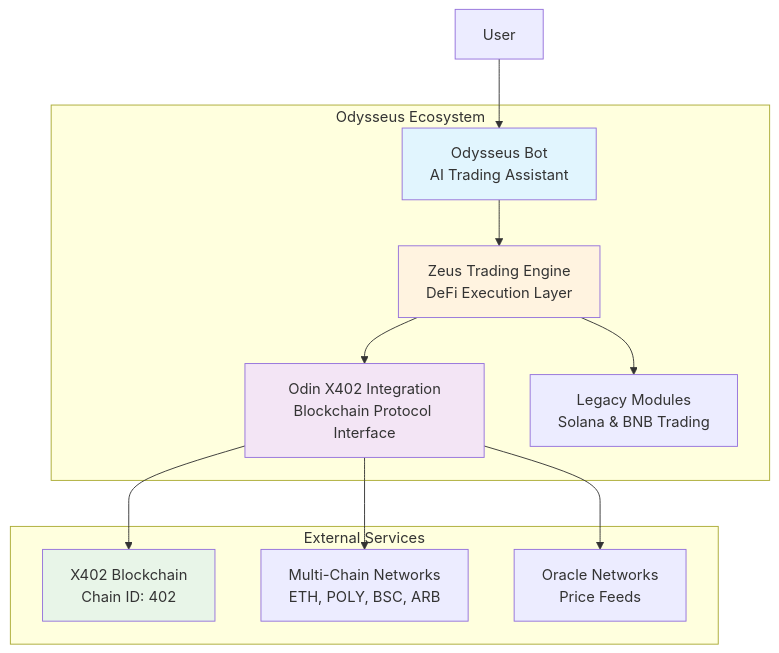
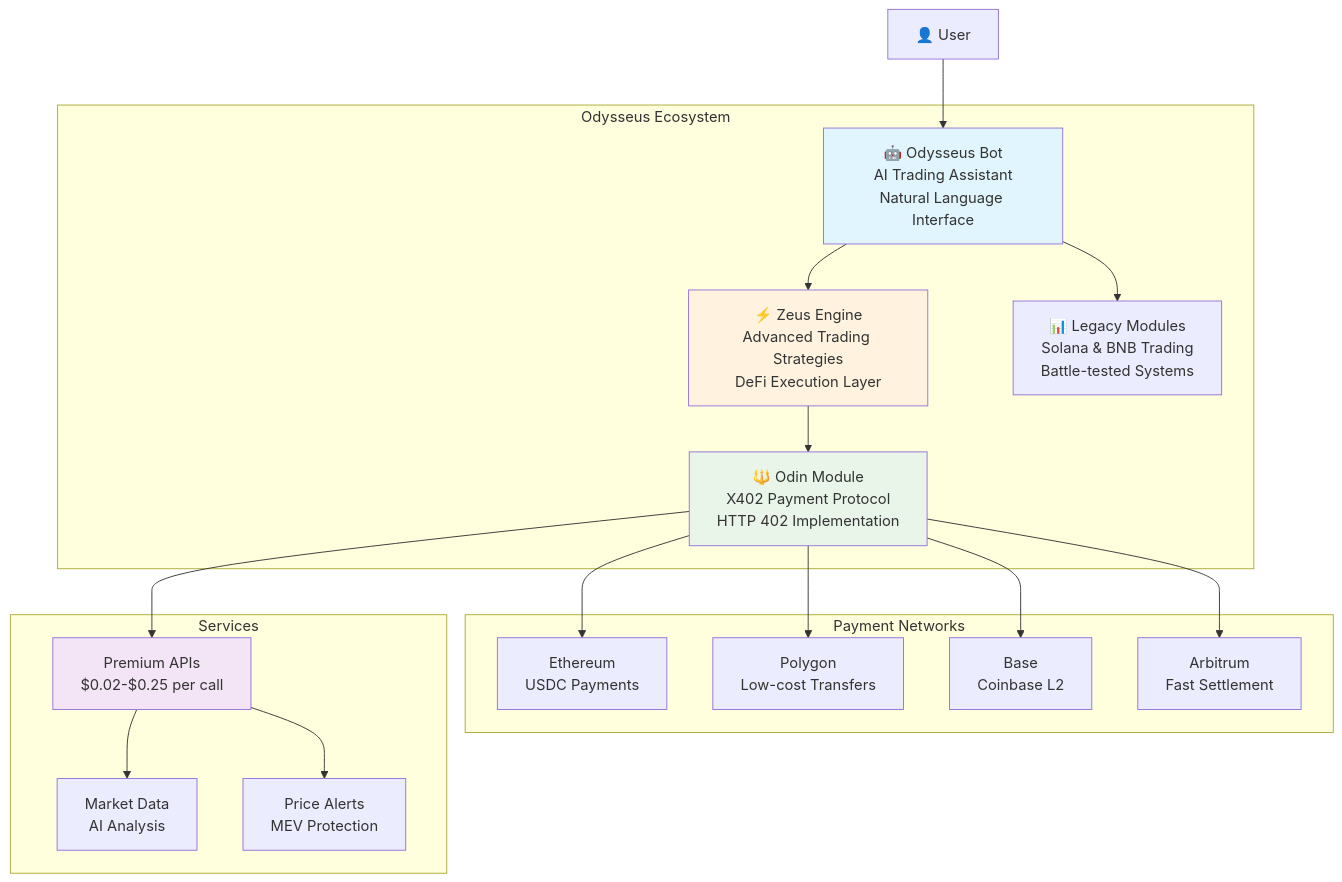
One commit to jconstantine627752-maker/Odysseus changed the first of 9 diagrams in README.md. Above: the diagram before and after it, drawn with Mermaid. The commit also changed other lines of this file, not shown here.

First line of the commit message:
docs: Complete README rework with Odin X402 focus and Mermaid diagrams

````diff
--- a/README.md
+++ b/README.md
@@ -12,28 +11,41 @@
 ```mermaid
 graph TB
     subgraph "Odysseus Ecosystem"
-        OB[Odysseus Bot<br/>AI Trading Assistant]
-        ZE[Zeus Trading Engine<br/>DeFi Execution Layer]
-        OD[Odin X402 Integration<br/>Blockchain Protocol Interface]
-        LM[Legacy Modules<br/>Solana & BNB Trading]
+        BOT[🤖 Odysseus Bot<br/>AI Trading Assistant<br/>Natural Language Interface]
+        ZEUS[⚡ Zeus Engine<br/>Advanced Trading Strategies<br/>DeFi Execution Layer]
+        ODIN[🔱 Odin Module<br/>X402 Payment Protocol<br/>HTTP 402 Implementation]
+        LEGACY[📊 Legacy Modules<br/>Solana & BNB Trading<br/>Battle-tested Systems]
     end
     
-    subgraph "External Services"
-        X402[X402 Blockchain<br/>Chain ID: 402]
-        CHAINS[Multi-Chain Networks<br/>ETH, POLY, BSC, ARB]
-        ORACLES[Oracle Networks<br/>Price Feeds]
+    subgraph "Payment Networks"
+        ETH[Ethereum<br/>USDC Payments]
+        POLY[Polygon<br/>Low-cost Transfers]
+        BASE[Base<br/>Coinbase L2]
+        ARB[Arbitrum<br/>Fast Settlement]
     end
     
-    USER[User] --> OB
-    OB --> ZE
-    ZE --> OD
-    OD --> X402
-    OD --> CHAINS
-    OD --> ORACLES
-    ZE --> LM
+    subgraph "Services"
+        API[Premium APIs<br/>$0.02-$0.25 per call]
+        DATA[Market Data<br/>AI Analysis]
+        ALERTS[Price Alerts<br/>MEV Protection]
+    end
     
-    style OB fill:#e1f5fe
-    style ZE fill:#fff3e0
-    style OD fill:#f3e5f5
-    style X402 fill:#e8f5e8
+    USER[👤 User] --> BOT
+    BOT --> ZEUS
+    ZEUS --> ODIN
+    ODIN --> API
+    API --> DATA
+    API --> ALERTS
+    
+    ODIN --> ETH
+    ODIN --> POLY
+    ODIN --> BASE
+    ODIN --> ARB
+    
+    BOT --> LEGACY
+    
+    style BOT fill:#e1f5fe
+    style ZEUS fill:#fff3e0
+    style ODIN fill:#e8f5e8
+    style API fill:#f3e5f5
 ```
````
